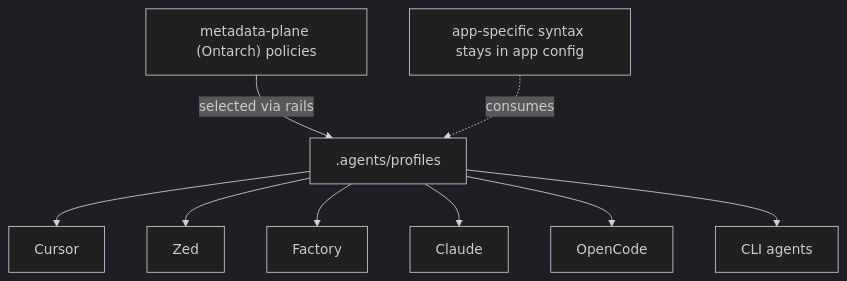
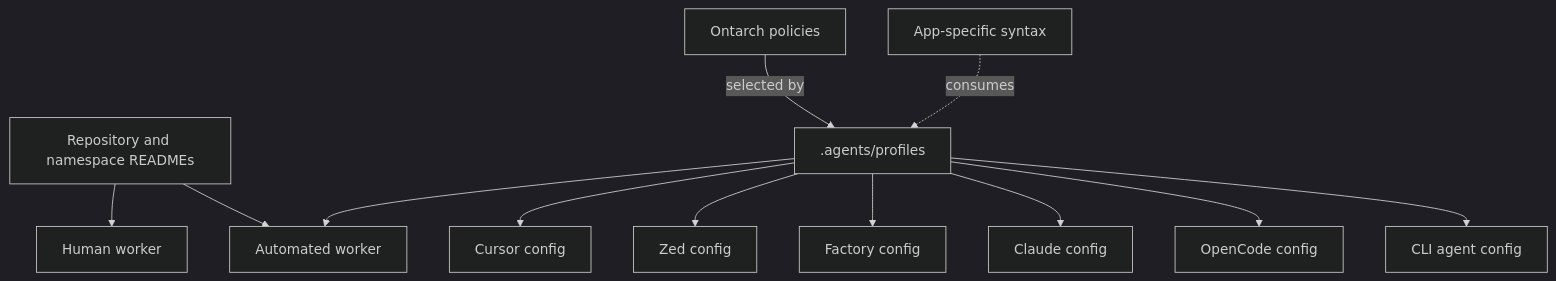
One commit to luckgrid/wfos changed the diagram in docs/agent-configs.md. Above: the diagram before and after it, drawn with Mermaid (dark theme). The commit also changed other lines of this file, not shown here.

Commit message:
docs: replace AGENTS pattern with README-first profiles

````diff
--- a/docs/agent-configs.md
+++ b/docs/agent-configs.md
@@ -35,11 +74,17 @@
 ```mermaid
 flowchart TD
-  Pol["metadata-plane (Ontarch) policies"] -->|selected via rails| Reg[.agents/profiles]
-  Reg --> Cursor[Cursor]
-  Reg --> Zed[Zed]
-  Reg --> Factory[Factory]
-  Reg --> Claude[Claude]
-  Reg --> OpenCode[OpenCode]
-  Reg --> Shell[CLI agents]
-  AppSyntax[app-specific syntax stays in app config] -. consumes .-> Reg
+  Readme["Repository and namespace READMEs"] --> Human[Human worker]
+  Readme --> Agent[Automated worker]
+
+  Policies["Ontarch policies"] -->|selected by| Profiles[".agents/profiles"]
+  Profiles --> Agent
+
+  Profiles --> Cursor[Cursor config]
+  Profiles --> Zed[Zed config]
+  Profiles --> Factory[Factory config]
+  Profiles --> Claude[Claude config]
+  Profiles --> OpenCode[OpenCode config]
+  Profiles --> Shell[CLI agent config]
+
+  AppSyntax["App-specific syntax"] -. consumes .-> Profiles
 ```
````
